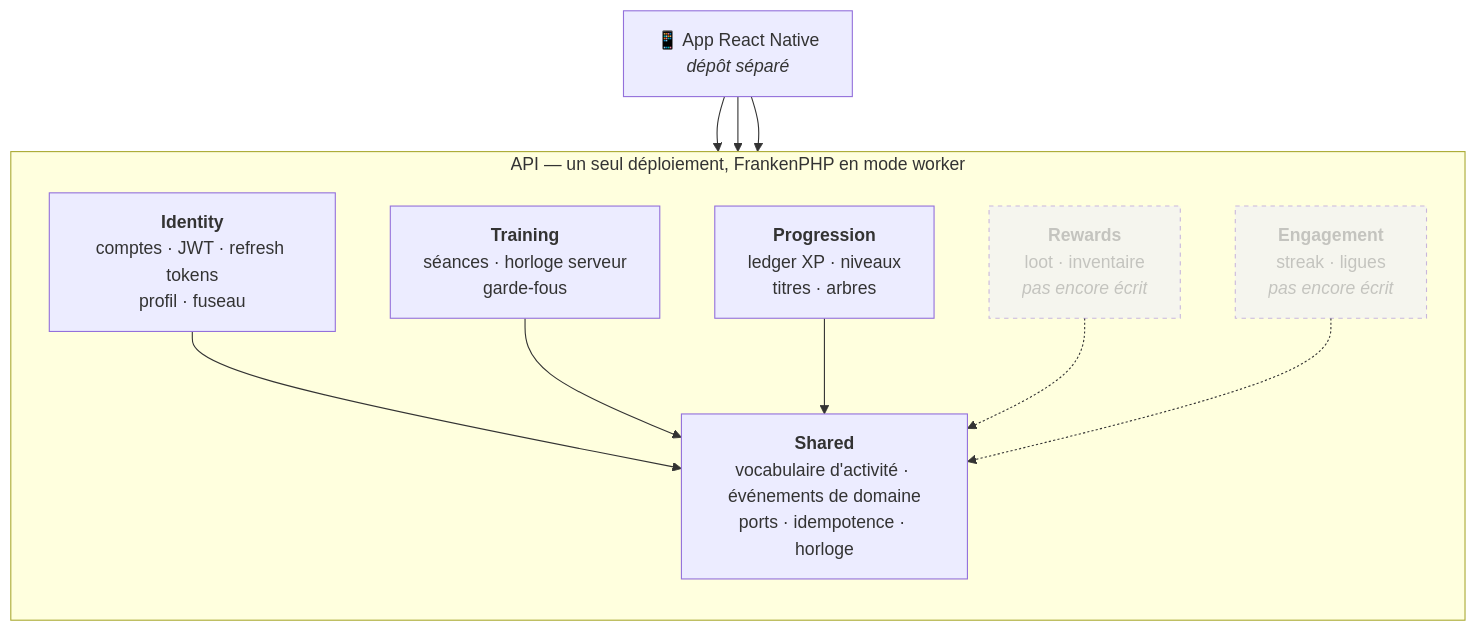
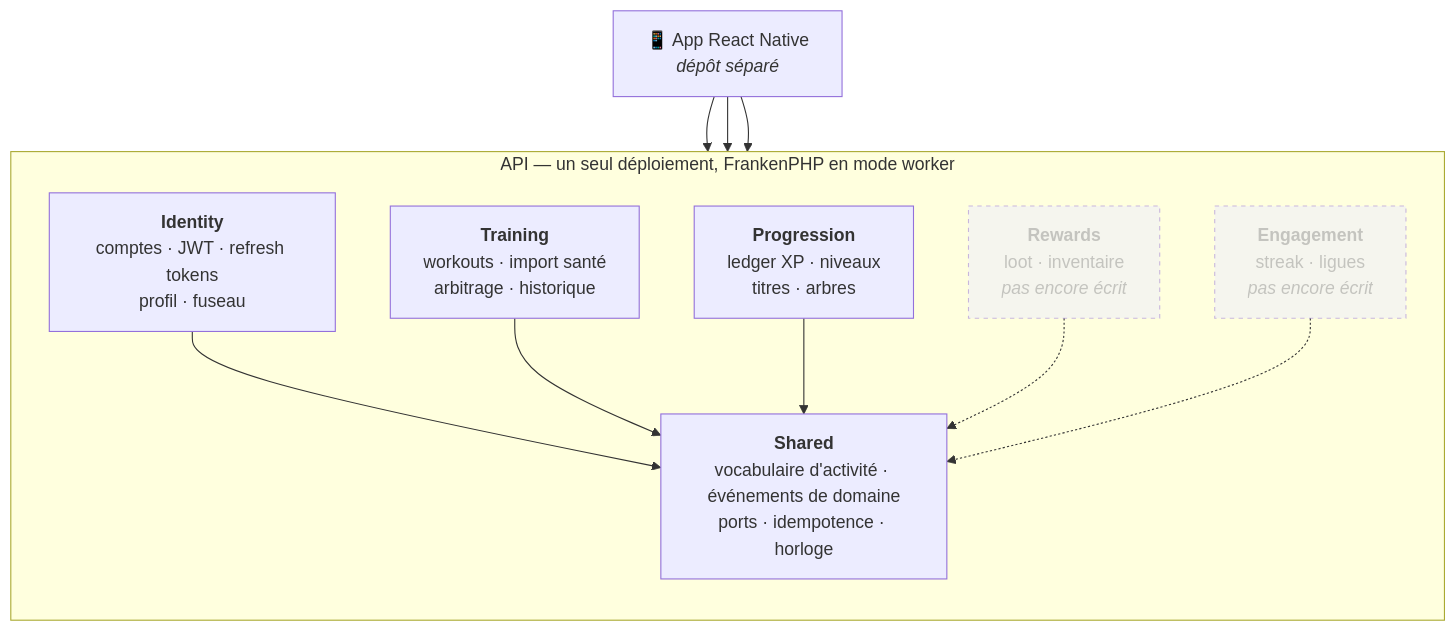
The first of 13 diagrams in ARCHITECTURE.md (younesdiouri/grrind-back), drawn with Mermaid before and after one commit. The commit also changed other lines of this file and 2 other files, not shown here.

First line of the commit message:
docs: acter le virage santé dans CLAUDE.md et ARCHITECTURE.md

````diff
--- a/ARCHITECTURE.md
+++ b/ARCHITECTURE.md
@@ -24,27 +24,27 @@
 ```mermaid
 flowchart TB
     app["📱 App React Native<br/><i>dépôt séparé</i>"]
 
     subgraph api["API — un seul déploiement, FrankenPHP en mode worker"]
         direction TB
         identity["<b>Identity</b><br/>comptes · JWT · refresh tokens<br/>profil · fuseau"]
-        training["<b>Training</b><br/>séances · horloge serveur<br/>garde-fous"]
+        training["<b>Training</b><br/>workouts · import santé<br/>arbitrage · historique"]
         progression["<b>Progression</b><br/>ledger XP · niveaux<br/>titres · arbres"]
         rewards["<b>Rewards</b><br/>loot · inventaire<br/><i>pas encore écrit</i>"]
         engagement["<b>Engagement</b><br/>streak · ligues<br/><i>pas encore écrit</i>"]
         shared["<b>Shared</b><br/>vocabulaire d'activité · événements de domaine<br/>ports · idempotence · horloge"]
     end
 
     app --> identity
     app --> training
     app --> progression
 
     identity --> shared
     training --> shared
     progression --> shared
     rewards -.-> shared
     engagement -.-> shared
 
     classDef todo stroke-dasharray:4 4,opacity:0.5
     class rewards,engagement todo
 ```
````
